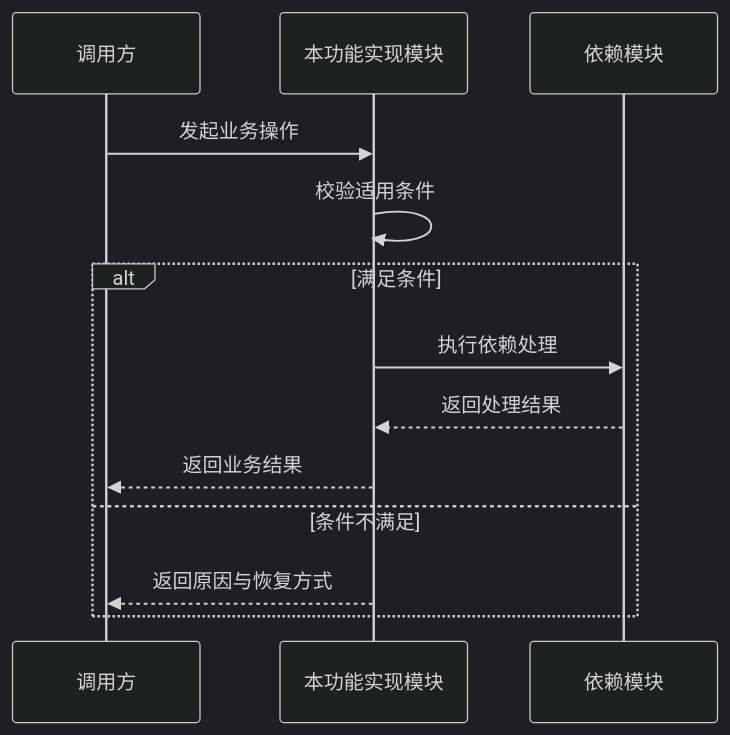
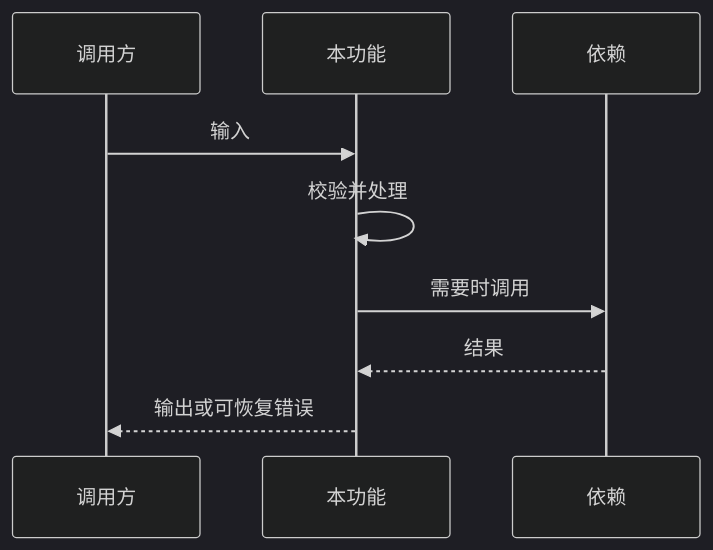
Before and after one commit to zyf3313/fstar-trellis-ext: the fourth of 4 diagrams in spec/templates/technical-design.zh-CN.md, drawn with Mermaid (dark theme). The commit also changed other lines of this file and 53 other files, not shown here.

````diff
--- a/spec/templates/technical-design.zh-CN.md
+++ b/spec/templates/technical-design.zh-CN.md
@@ -142,15 +95,11 @@
 ```mermaid
 sequenceDiagram
     participant C as 调用方
-    participant M as 本功能实现模块
-    participant D as 依赖模块
-    C->>M: 发起业务操作
-    M->>M: 校验适用条件
-    alt 满足条件
-        M->>D: 执行依赖处理
-        D-->>M: 返回处理结果
-        M-->>C: 返回业务结果
-    else 条件不满足
-        M-->>C: 返回原因与恢复方式
-    end
+    participant M as 本功能
+    participant D as 依赖
+    C->>M: 输入
+    M->>M: 校验并处理
+    M->>D: 需要时调用
+    D-->>M: 结果
+    M-->>C: 输出或可恢复错误
 ```
````
